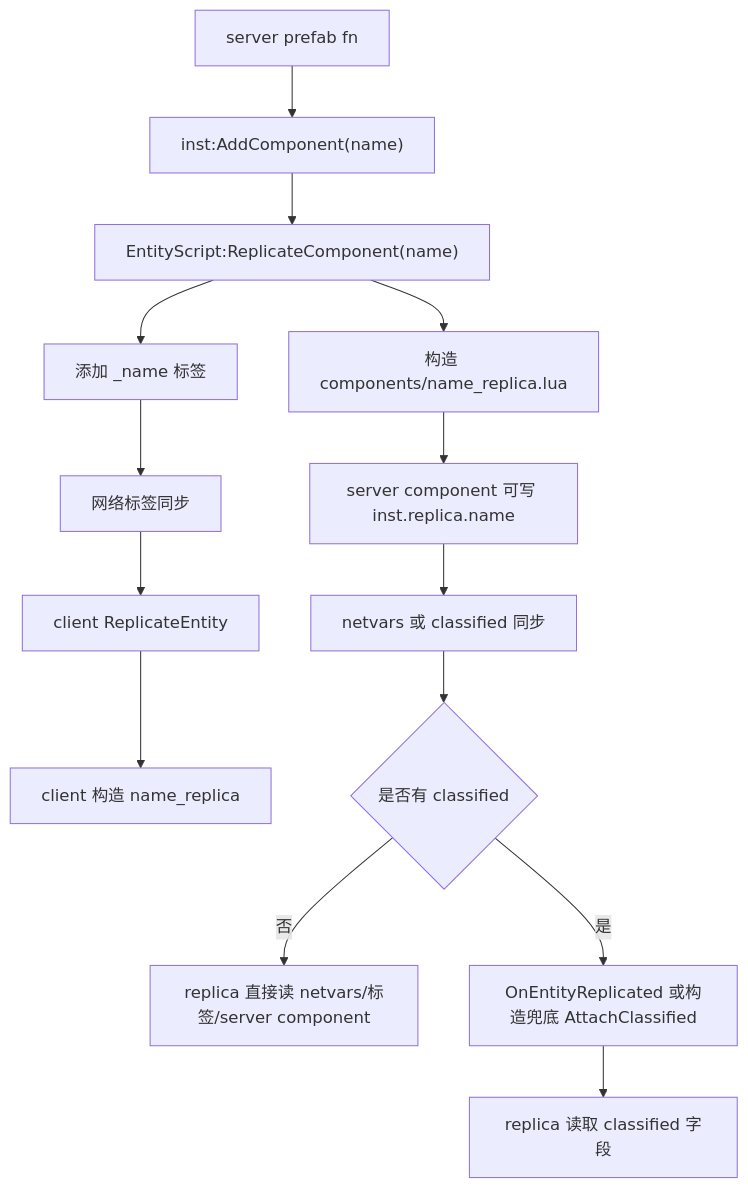
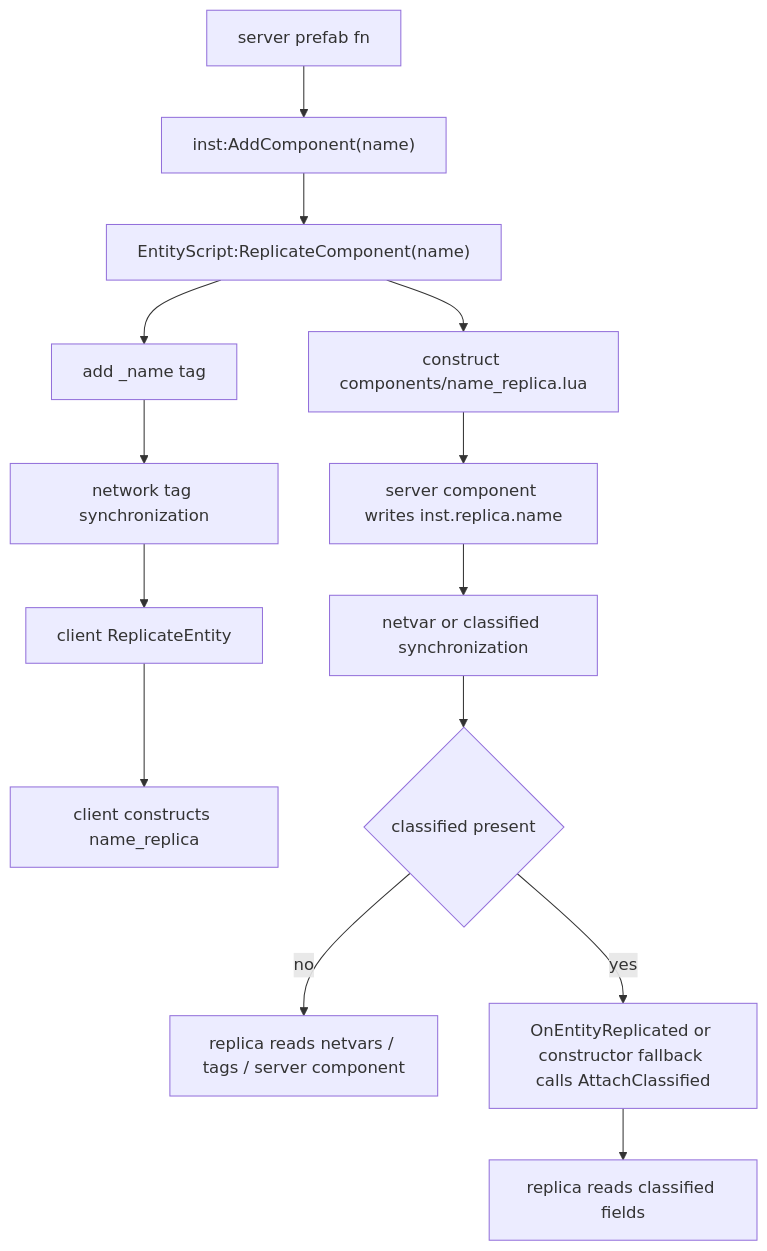
Before and after one commit to LetsStarveTogether/dst-server: the diagram in dst-scripts/index/0x3000-entity-action/0x3300-prefab-assembly/0x3302-replica-classified.md, drawn with Mermaid. The commit also changed other lines of this file and 83 other files, not shown here.

```diff
--- a/dst-scripts/index/0x3000-entity-action/0x3300-prefab-assembly/0x3302-replica-classified.md
+++ b/dst-scripts/index/0x3000-entity-action/0x3300-prefab-assembly/0x3302-replica-classified.md
@@ -117,17 +87,17 @@
 ~~~mermaid
 flowchart TD
     A["server prefab fn"]
     A --> B["inst:AddComponent(name)"]
     B --> C["EntityScript:ReplicateComponent(name)"]
-    C --> D["添加 _name 标签"]
-    C --> E["构造 components/name_replica.lua"]
-    E --> F["server component 可写 inst.replica.name"]
-    D --> G["网络标签同步"]
-    F --> H["netvars 或 classified 同步"]
+    C --> D["add _name tag"]
+    C --> E["construct components/name_replica.lua"]
+    E --> F["server component writes inst.replica.name"]
+    D --> G["network tag synchronization"]
+    F --> H["netvar or classified synchronization"]
     G --> I["client ReplicateEntity"]
-    I --> J["client 构造 name_replica"]
-    H --> K{"是否有 classified"}
-    K -->|否| L["replica 直接读 netvars/标签/server component"]
-    K -->|是| M["OnEntityReplicated 或构造兜底 AttachClassified"]
-    M --> N["replica 读取 classified 字段"]
+    I --> J["client constructs name_replica"]
+    H --> K{"classified present"}
+    K -->|no| L["replica reads netvars / tags / server component"]
+    K -->|yes| M["OnEntityReplicated or constructor fallback calls AttachClassified"]
+    M --> N["replica reads classified fields"]
 ~~~
```
